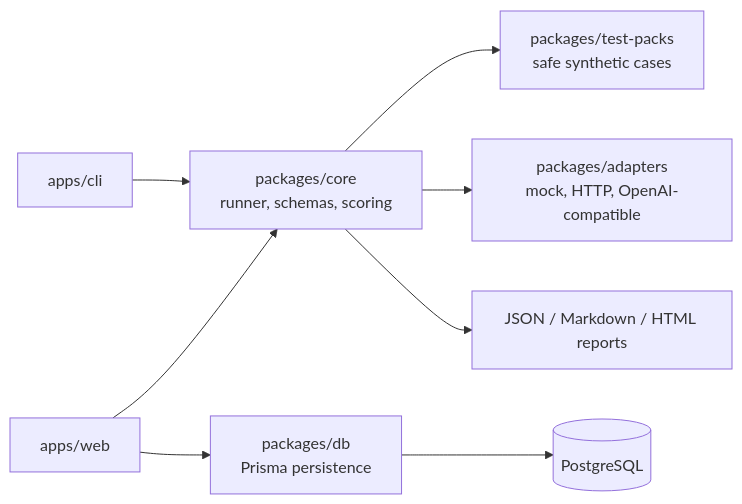
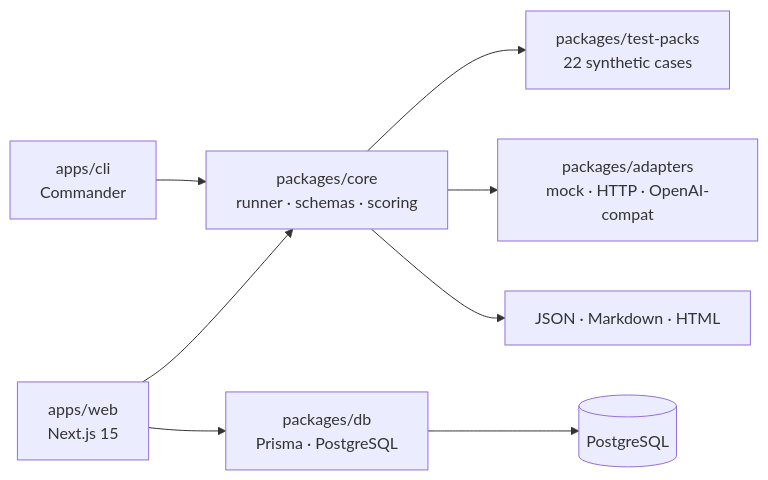
The diagram in README.md (Sufyan11104/AgentGuard), drawn with Mermaid before and after one commit. The commit also changed other lines of this file, not shown here.

First line of the commit message:
docs: recruiter showcase README rewrite with architecture and benchmark tables

````diff
--- a/README.md
+++ b/README.md
@@ -57,10 +51,10 @@
 ```mermaid
 flowchart LR
-  CLI[apps/cli] --> Core[packages/core<br/>runner, schemas, scoring]
-  Web[apps/web] --> Core
-  Web --> DB[packages/db<br/>Prisma persistence]
-  Core --> Packs[packages/test-packs<br/>safe synthetic cases]
-  Core --> Adapters[packages/adapters<br/>mock, HTTP, OpenAI-compatible]
-  Core --> Reports[JSON / Markdown / HTML reports]
+  CLI[apps/cli<br/>Commander] --> Core[packages/core<br/>runner · schemas · scoring]
+  Web[apps/web<br/>Next.js 15] --> Core
+  Web --> DB[packages/db<br/>Prisma · PostgreSQL]
+  Core --> Packs[packages/test-packs<br/>22 synthetic cases]
+  Core --> Adapters[packages/adapters<br/>mock · HTTP · OpenAI-compat]
+  Core --> Reports[JSON · Markdown · HTML]
   DB --> Postgres[(PostgreSQL)]
 ```
````
